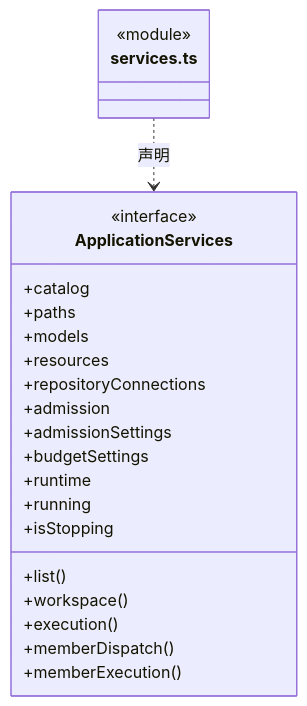
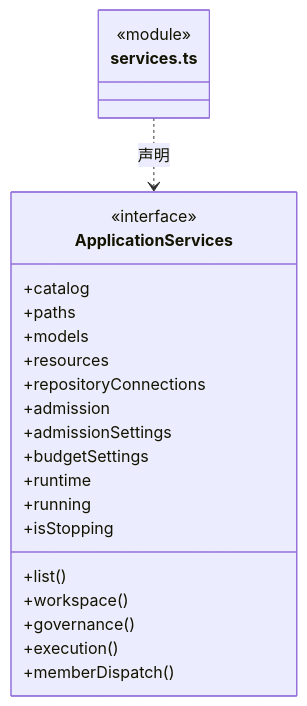
One commit to nan023062/cbim changed the second of 4 diagrams in src/backend/main/ipc/ARCHITECTURE.md. Above: the diagram before and after it, drawn with Mermaid. The commit also changed other lines of this file and 50 other files, not shown here.

````diff
--- a/src/backend/main/ipc/ARCHITECTURE.md
+++ b/src/backend/main/ipc/ARCHITECTURE.md
@@ -34,26 +34,26 @@
 ```mermaid
 classDiagram
 class N_src_backend_main_ipc_services_ts["services.ts"] {
   <<module>>
 }
 class N_src_backend_main_ipc_services_ts_ApplicationServices["ApplicationServices"] {
   <<interface>>
   +catalog
   +paths
   +models
   +resources
   +repositoryConnections
   +admission
   +admissionSettings
   +budgetSettings
   +runtime
   +running
   +isStopping
   +list()
   +workspace()
+  +governance()
   +execution()
   +memberDispatch()
-  +memberExecution()
 }
 N_src_backend_main_ipc_services_ts ..> N_src_backend_main_ipc_services_ts_ApplicationServices : 声明
 ```
````
